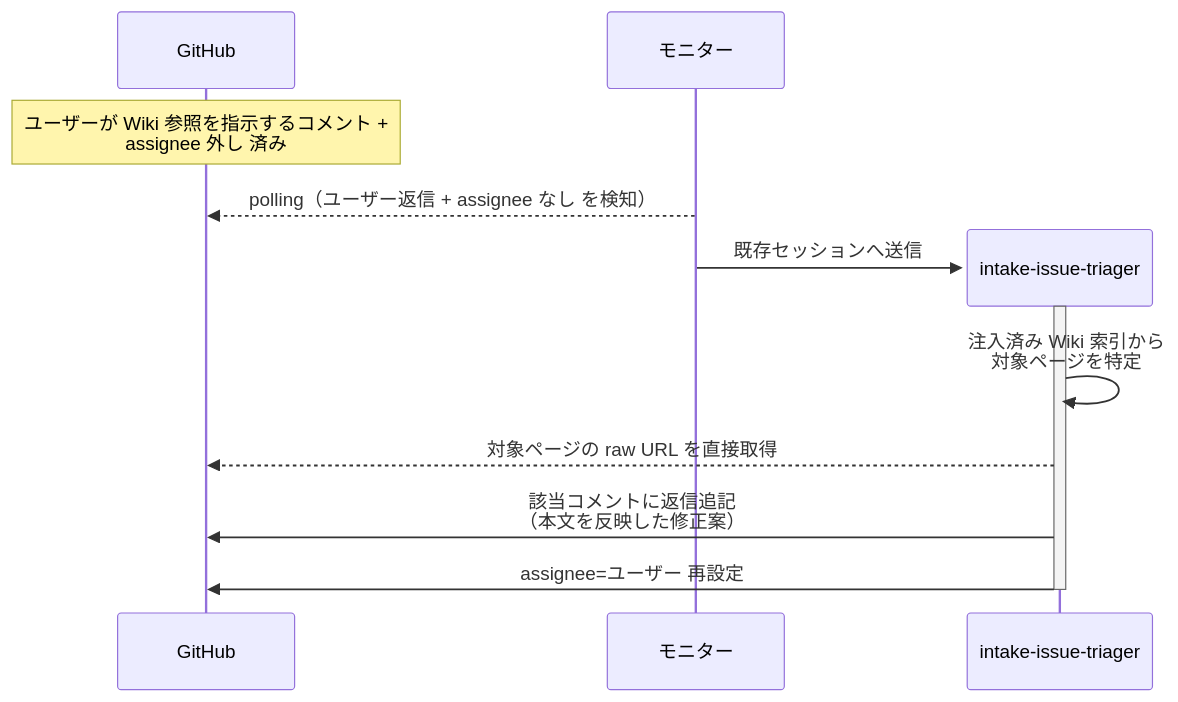
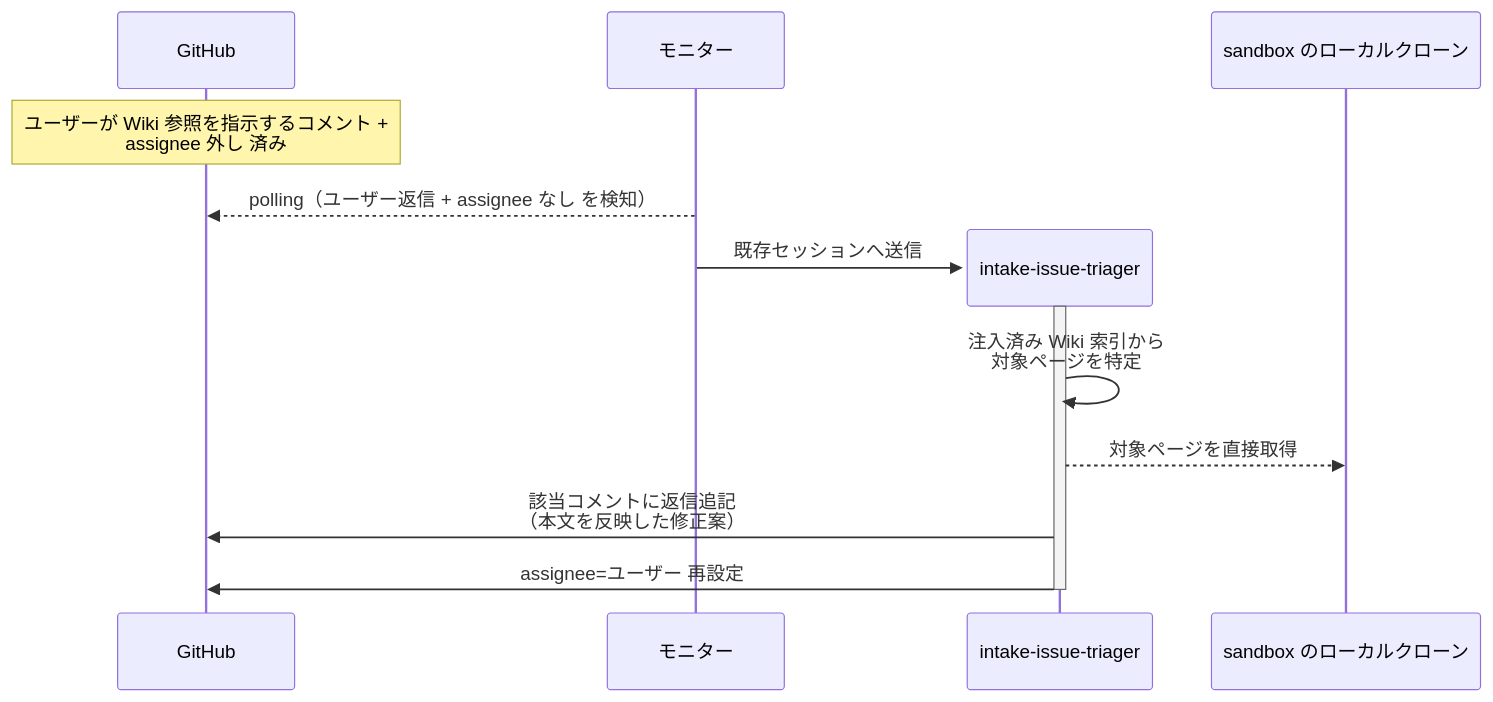
Before and after one commit to shuhei1101/ai-monitor: the diagram in docs/wiki/設計図/シナリオ/単一ユースケース/動的Wiki参照.md, drawn with Mermaid. The commit also changed other lines of this file and 7 other files, not shown here.

````diff
--- a/docs/wiki/設計図/シナリオ/単一ユースケース/動的Wiki参照.md
+++ b/docs/wiki/設計図/シナリオ/単一ユースケース/動的Wiki参照.md
@@ -28,16 +29,17 @@
 ```mermaid
 sequenceDiagram
   participant GH as GitHub
   participant ORC as モニター
 
   Note over GH: ユーザーが Wiki 参照を指示するコメント +<br>assignee 外し 済み
   ORC-->>GH: polling（ユーザー返信 + assignee なし を検知）
   create participant MON as intake-issue-triager
   ORC->>MON: 既存セッションへ送信
+  participant WIKI as sandbox のローカルクローン
   activate MON
   MON->>MON: 注入済み Wiki 索引から<br>対象ページを特定
-  MON-->>GH: 対象ページの raw URL を直接取得
+  MON-->>WIKI: 対象ページを直接取得
   MON->>GH: 該当コメントに返信追記<br>（本文を反映した修正案）
   MON->>GH: assignee=ユーザー 再設定
   deactivate MON
 ```
````
